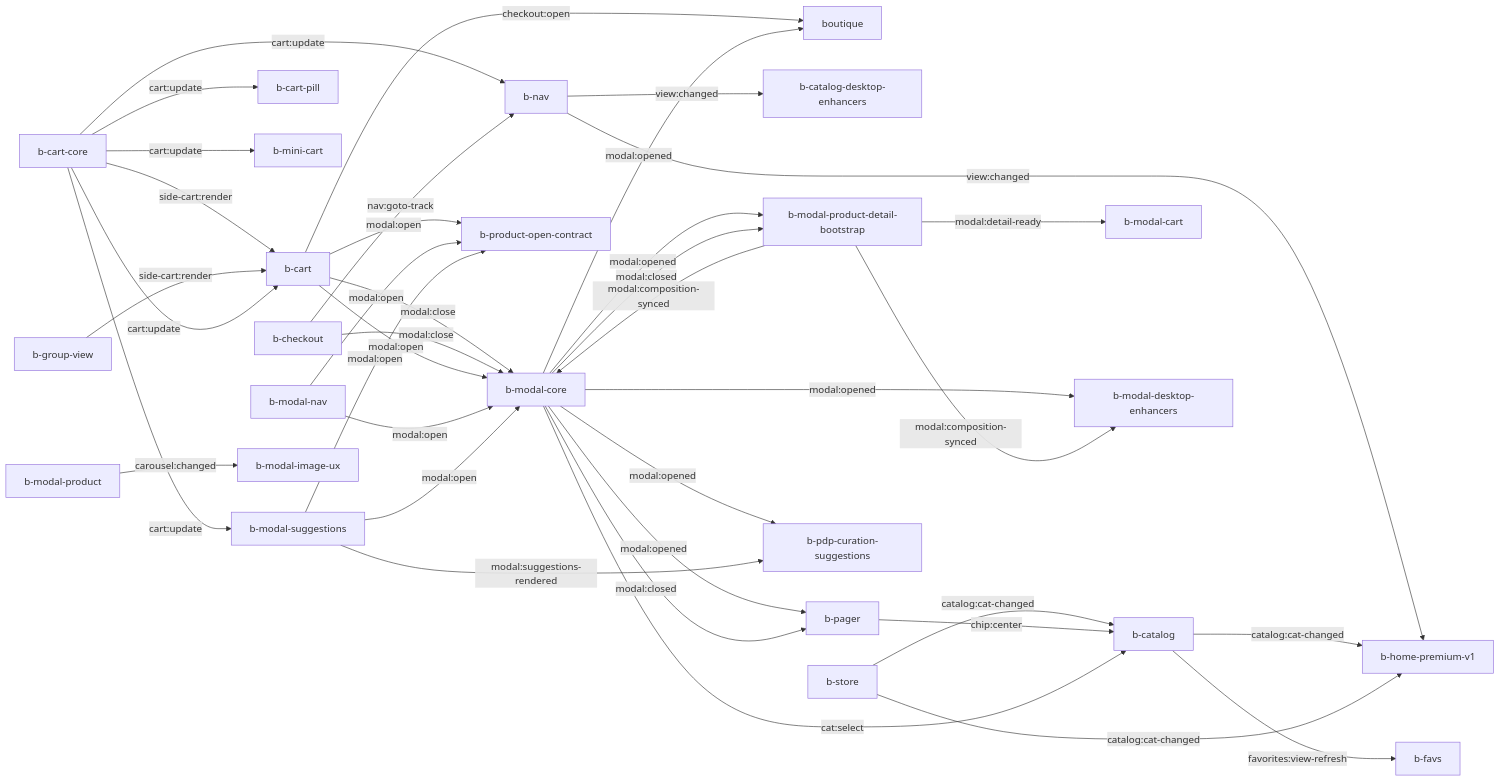
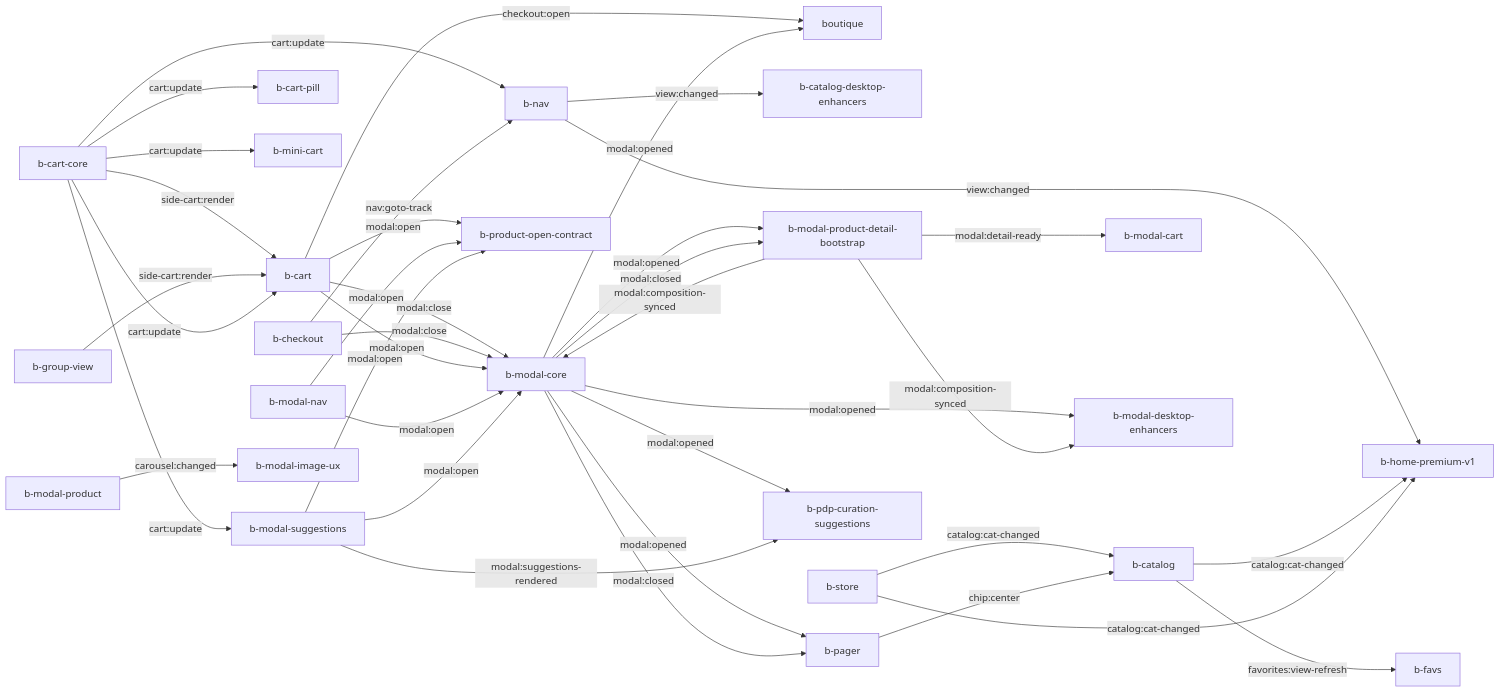
The diagram in docs/BOUTIQUE_360.md (SamyrFateh/komerce-backend), drawn with Mermaid before and after one commit. The commit also changed other lines of this file and 23 other files, not shown here.

````diff
--- a/docs/BOUTIQUE_360.md
+++ b/docs/BOUTIQUE_360.md
@@ -97,40 +97,39 @@
 ```mermaid
 graph LR
   b_cart_core["b-cart-core"] -->|side-cart:render| b_cart["b-cart"]
   b_group_view["b-group-view"] -->|side-cart:render| b_cart["b-cart"]
   b_cart_core["b-cart-core"] -->|cart:update| b_cart["b-cart"]
   b_cart_core["b-cart-core"] -->|cart:update| b_cart_pill["b-cart-pill"]
   b_cart_core["b-cart-core"] -->|cart:update| b_mini_cart["b-mini-cart"]
   b_cart_core["b-cart-core"] -->|cart:update| b_modal_suggestions["b-modal-suggestions"]
   b_cart_core["b-cart-core"] -->|cart:update| b_nav["b-nav"]
   b_cart["b-cart"] -->|modal:close| b_modal_core["b-modal-core"]
   b_checkout["b-checkout"] -->|modal:close| b_modal_core["b-modal-core"]
   b_cart["b-cart"] -->|modal:open| b_modal_core["b-modal-core"]
   b_cart["b-cart"] -->|modal:open| b_product_open_contract["b-product-open-contract"]
   b_modal_nav["b-modal-nav"] -->|modal:open| b_modal_core["b-modal-core"]
   b_modal_nav["b-modal-nav"] -->|modal:open| b_product_open_contract["b-product-open-contract"]
   b_modal_suggestions["b-modal-suggestions"] -->|modal:open| b_modal_core["b-modal-core"]
   b_modal_suggestions["b-modal-suggestions"] -->|modal:open| b_product_open_contract["b-product-open-contract"]
   b_cart["b-cart"] -->|checkout:open| boutique["boutique"]
   b_nav["b-nav"] -->|view:changed| b_catalog_desktop_enhancers["b-catalog-desktop-enhancers"]
   b_nav["b-nav"] -->|view:changed| b_home_premium_v1["b-home-premium-v1"]
   b_catalog["b-catalog"] -->|catalog:cat-changed| b_home_premium_v1["b-home-premium-v1"]
   b_store["b-store"] -->|catalog:cat-changed| b_catalog["b-catalog"]
   b_store["b-store"] -->|catalog:cat-changed| b_home_premium_v1["b-home-premium-v1"]
   b_catalog["b-catalog"] -->|favorites:view-refresh| b_favs["b-favs"]
   b_pager["b-pager"] -->|chip:center| b_catalog["b-catalog"]
-  b_modal_core["b-modal-core"] -->|cat:select| b_catalog["b-catalog"]
   b_checkout["b-checkout"] -->|nav:goto-track| b_nav["b-nav"]
   b_modal_product_detail_bootstrap["b-modal-product-detail-bootstrap"] -->|modal:detail-ready| b_modal_cart["b-modal-cart"]
   b_modal_core["b-modal-core"] -->|modal:opened| b_modal_desktop_enhancers["b-modal-desktop-enhancers"]
   b_modal_core["b-modal-core"] -->|modal:opened| b_modal_product_detail_bootstrap["b-modal-product-detail-bootstrap"]
   b_modal_core["b-modal-core"] -->|modal:opened| b_pager["b-pager"]
   b_modal_core["b-modal-core"] -->|modal:opened| b_pdp_curation_suggestions["b-pdp-curation-suggestions"]
   b_modal_core["b-modal-core"] -->|modal:opened| boutique["boutique"]
   b_modal_core["b-modal-core"] -->|modal:closed| b_modal_product_detail_bootstrap["b-modal-product-detail-bootstrap"]
   b_modal_core["b-modal-core"] -->|modal:closed| b_pager["b-pager"]
   b_modal_product_detail_bootstrap["b-modal-product-detail-bootstrap"] -->|modal:composition-synced| b_modal_core["b-modal-core"]
   b_modal_product_detail_bootstrap["b-modal-product-detail-bootstrap"] -->|modal:composition-synced| b_modal_desktop_enhancers["b-modal-desktop-enhancers"]
   b_modal_product["b-modal-product"] -->|carousel:changed| b_modal_image_ux["b-modal-image-ux"]
   b_modal_suggestions["b-modal-suggestions"] -->|modal:suggestions-rendered| b_pdp_curation_suggestions["b-pdp-curation-suggestions"]
 ```
````
